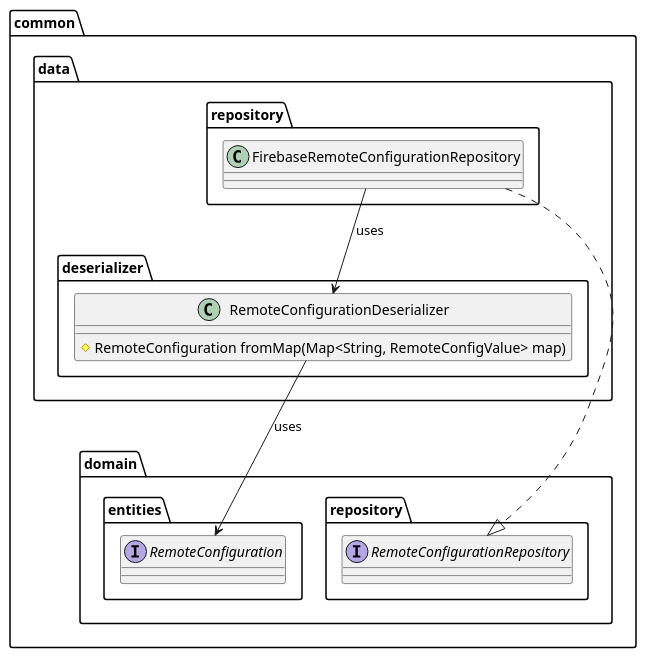
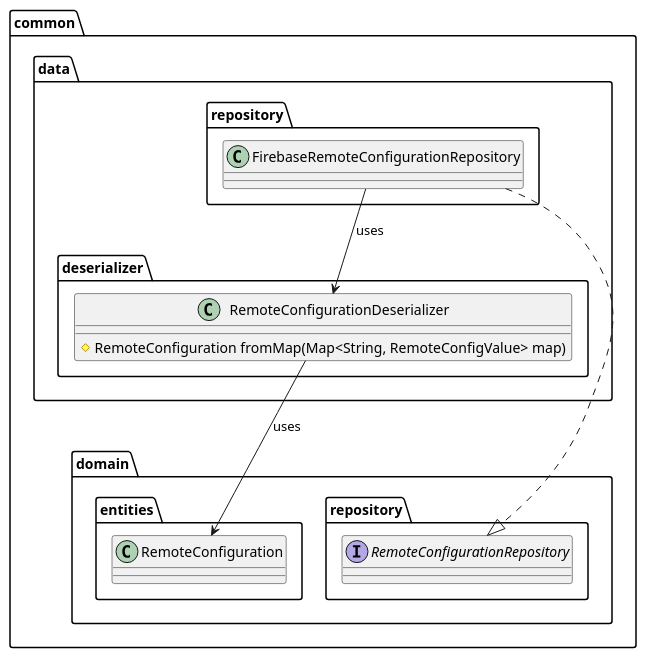
The diagram in metrics/web/docs/features/remote_config/diagrams/remote_config_data_layer_class_diagram.puml (Flank/flank-dashboard), drawn with PlantUML before and after one commit. The commit also changed 2 other files, not shown here.

```diff
--- a/metrics/web/docs/features/remote_config/diagrams/remote_config_data_layer_class_diagram.puml
+++ b/metrics/web/docs/features/remote_config/diagrams/remote_config_data_layer_class_diagram.puml
@@ -1,28 +1,28 @@
 @startuml remote_config_data_layer_class_diagram
 
 package common.domain.repository {
     interface RemoteConfigurationRepository {}
 }
 
 package common.domain.entities {
-    interface RemoteConfiguration {}
+    class RemoteConfiguration {}
 }
 
 package common.data {
     package repository {
         class FirebaseRemoteConfigurationRepository {}
     }
 
     package deserializer {
         class RemoteConfigurationDeserializer {
             # RemoteConfiguration fromMap(Map<String, RemoteConfigValue> map)
         }
     }
 }
 
 FirebaseRemoteConfigurationRepository ..|> RemoteConfigurationRepository
 FirebaseRemoteConfigurationRepository --> RemoteConfigurationDeserializer : uses
 
 RemoteConfigurationDeserializer --> RemoteConfiguration : uses
 
 @enduml
```
